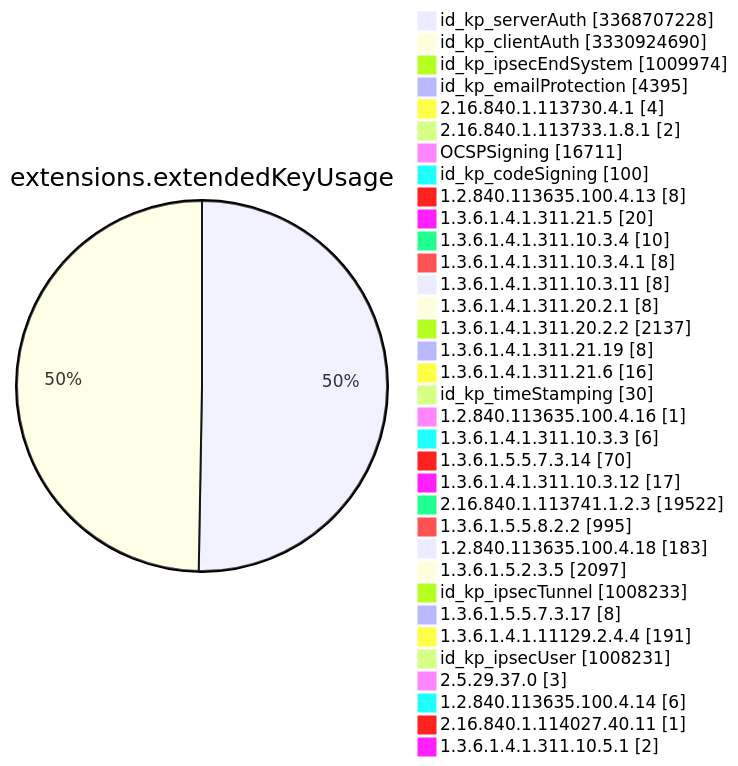
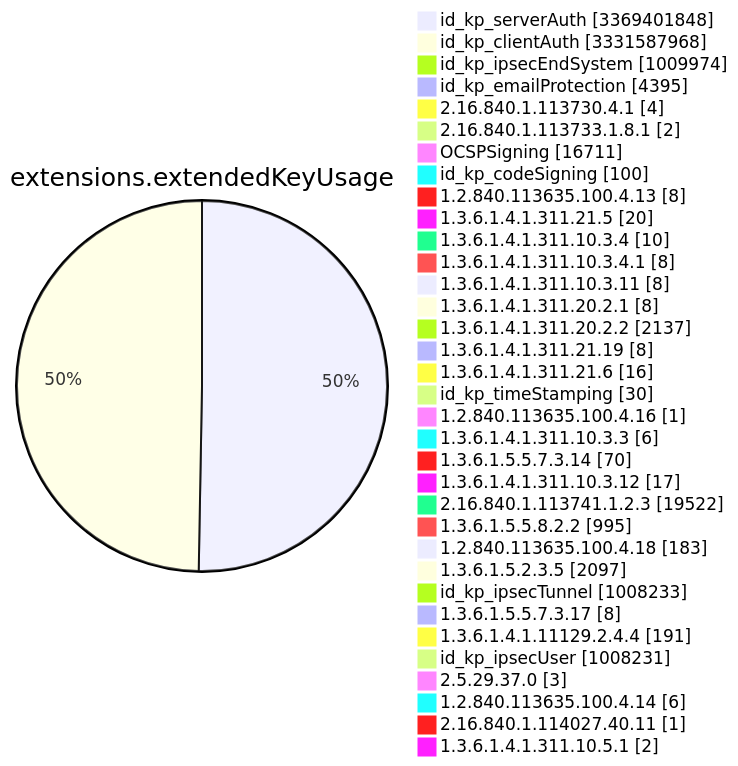
One commit to christiankrug/ctmonitor_visualization changed diagram 11 of 15 in TOTAL/README.md. Above: the diagram before and after it, drawn with Mermaid. The commit also changed other lines of this file, not shown here.

````diff
--- a/TOTAL/README.md
+++ b/TOTAL/README.md
@@ -4120,38 +4120,38 @@
 ```mermaid
 pie showData
 title extensions.extendedKeyUsage
-"id_kp_serverAuth" :3368707228
-"id_kp_clientAuth" :3330924690
+"id_kp_serverAuth" :3369401848
+"id_kp_clientAuth" :3331587968
 "id_kp_ipsecEndSystem" :1009974
 "id_kp_emailProtection" :4395
 "2.16.840.1.113730.4.1" :4
 "2.16.840.1.113733.1.8.1" :2
 "OCSPSigning" :16711
 "id_kp_codeSigning" :100
 "1.2.840.113635.100.4.13" :8
 "1.3.6.1.4.1.311.21.5" :20
 "1.3.6.1.4.1.311.10.3.4" :10
 "1.3.6.1.4.1.311.10.3.4.1" :8
 "1.3.6.1.4.1.311.10.3.11" :8
 "1.3.6.1.4.1.311.20.2.1" :8
 "1.3.6.1.4.1.311.20.2.2" :2137
 "1.3.6.1.4.1.311.21.19" :8
 "1.3.6.1.4.1.311.21.6" :16
 "id_kp_timeStamping" :30
 "1.2.840.113635.100.4.16" :1
 "1.3.6.1.4.1.311.10.3.3" :6
 "1.3.6.1.5.5.7.3.14" :70
 "1.3.6.1.4.1.311.10.3.12" :17
 "2.16.840.1.113741.1.2.3" :19522
 "1.3.6.1.5.5.8.2.2" :995
 "1.2.840.113635.100.4.18" :183
 "1.3.6.1.5.2.3.5" :2097
 "id_kp_ipsecTunnel" :1008233
 "1.3.6.1.5.5.7.3.17" :8
 "1.3.6.1.4.1.11129.2.4.4" :191
 "id_kp_ipsecUser" :1008231
 "2.5.29.37.0" :3
 "1.2.840.113635.100.4.14" :6
 "2.16.840.1.114027.40.11" :1
 "1.3.6.1.4.1.311.10.5.1" :2
 ```
````
